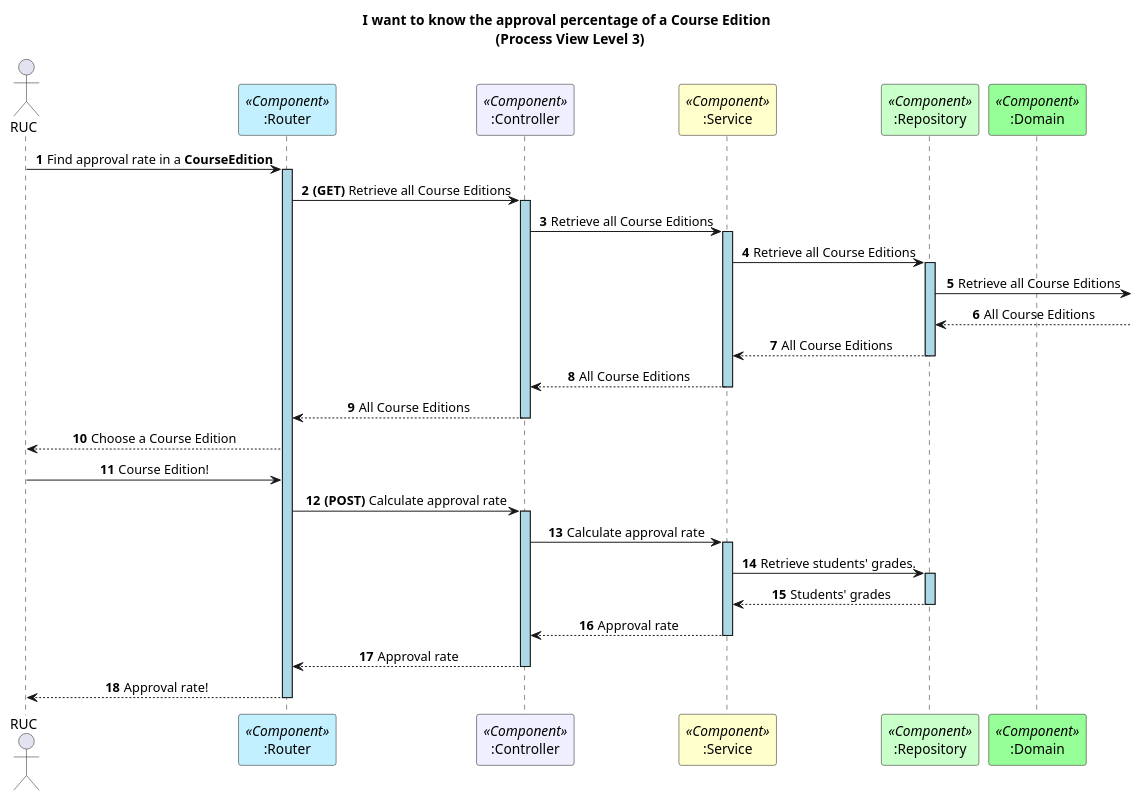
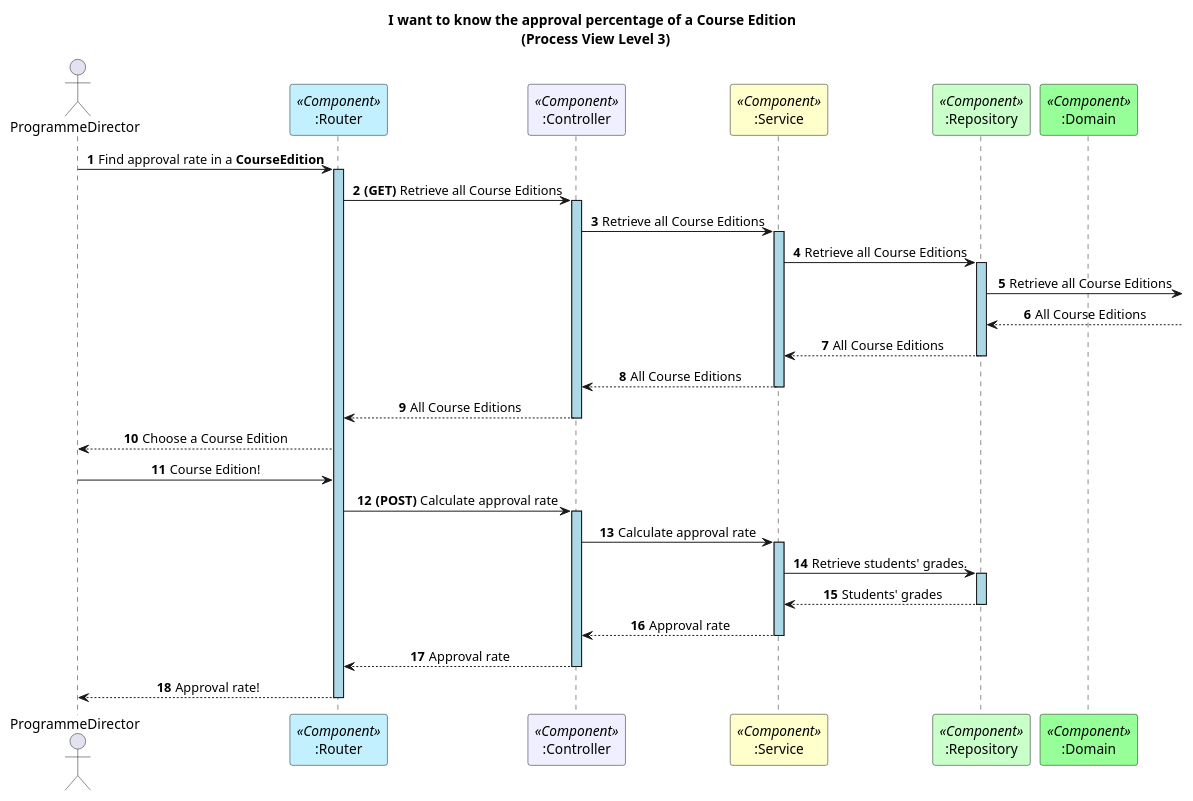
The diagram in docs/US23/REST_API/ProcessView/Level3.puml (GasparISEP/DevOps-PAI), drawn with PlantUML before and after one commit. The commit also changed 2 other files, not shown here.

Commit message:
Update Actor's name in diagrams. Refs #565

```diff
--- a/docs/US23/REST_API/ProcessView/Level3.puml
+++ b/docs/US23/REST_API/ProcessView/Level3.puml
@@ -1,58 +1,58 @@
 @startuml
 
 autonumber
 skinparam sequenceMessageAlign center
 skinparam sequenceLifeLineBackgroundColor lightblue
 title I want to know the approval percentage of a Course Edition \n (Process View Level 3)
 skinparam sequencemessagealign center
 
-actor RUC
+actor ProgrammeDirector
 participant ":Router" as Router <<Component>> #application
 participant ":Controller" as Controller <<Component>> #motivation
 participant ":Service" as Service <<Component>> #business
 participant ":Repository" as Repository <<Component>> #technology
 participant ":Domain" as Domain <<Component>> #physical
 
-RUC -> Router : Find approval rate in a **CourseEdition**
+ProgrammeDirector -> Router : Find approval rate in a **CourseEdition**
 activate Router
 Router -> Controller : **(GET)** Retrieve all Course Editions
 activate Controller
 Controller -> Service : Retrieve all Course Editions
 activate Service
 Service -> Repository : Retrieve all Course Editions
 activate Repository
 Repository ->  : Retrieve all Course Editions
 Repository <--  : All Course Editions
 Repository --> Service : All Course Editions
 deactivate Repository
 Service --> Controller : All Course Editions
 deactivate Service
 Controller --> Router : All Course Editions
 deactivate Controller
 
 
-Router --> RUC : Choose a Course Edition
-RUC -> Router : Course Edition!
+Router --> ProgrammeDirector : Choose a Course Edition
+ProgrammeDirector -> Router : Course Edition!
 
 
 Router -> Controller : **(POST)** Calculate approval rate
 
 activate Controller
 Controller -> Service : Calculate approval rate
 
 activate Service
 Service -> Repository : Retrieve students' grades.
 activate Repository
 Repository --> Service : Students' grades
 deactivate Repository
 
 Service --> Controller : Approval rate
 deactivate Service
 
 Controller --> Router : Approval rate
 deactivate Controller
 
-Router --> RUC : Approval rate!
+Router --> ProgrammeDirector : Approval rate!
 deactivate Router
 
 @enduml
```
